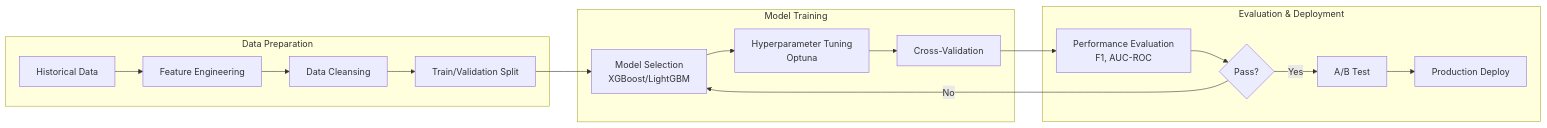
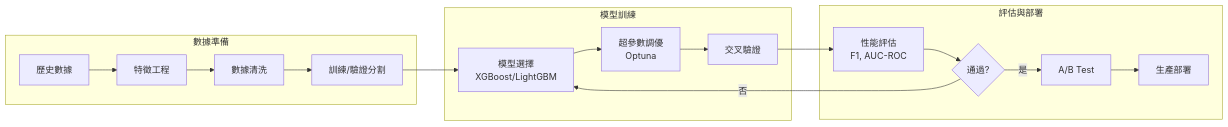
One commit to ron03wlb/smart-admin changed the diagram in docs/iGaming/architecture/05_Risk_Engine/ML_Integration_Architecture.md. Above: the diagram before and after it, drawn with Mermaid. The commit also changed other lines of this file and 5 other files, not shown here.

````diff
--- a/docs/iGaming/architecture/05_Risk_Engine/ML_Integration_Architecture.md
+++ b/docs/iGaming/architecture/05_Risk_Engine/ML_Integration_Architecture.md
@@ -274,22 +274,22 @@
 ```mermaid
 flowchart LR
-    subgraph Data Preparation
-        A[Historical Data] --> B[Feature Engineering]
-        B --> C[Data Cleansing]
-        C --> D[Train/Validation Split]
+    subgraph 數據準備
+        A[歷史數據] --> B[特徵工程]
+        B --> C[數據清洗]
+        C --> D[訓練/驗證分割]
     end
 
-    subgraph Model Training
-        D --> E[Model Selection<br/>XGBoost/LightGBM]
-        E --> F[Hyperparameter Tuning<br/>Optuna]
-        F --> G[Cross-Validation]
+    subgraph 模型訓練
+        D --> E[模型選擇<br/>XGBoost/LightGBM]
+        E --> F[超參數調優<br/>Optuna]
+        F --> G[交叉驗證]
     end
 
-    subgraph Evaluation & Deployment
-        G --> H[Performance Evaluation<br/>F1, AUC-ROC]
-        H --> I{Pass?}
-        I -->|Yes| J[A/B Test]
-        I -->|No| E
-        J --> K[Production Deploy]
+    subgraph 評估與部署
+        G --> H[性能評估<br/>F1, AUC-ROC]
+        H --> I{通過?}
+        I -->|是| J[A/B Test]
+        I -->|否| E
+        J --> K[生產部署]
     end
 ```
````
